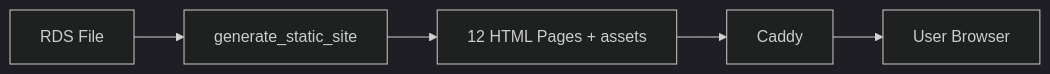
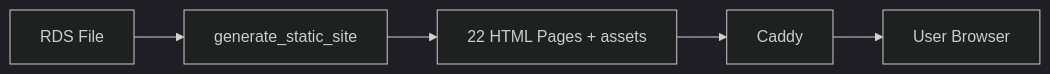
Before and after one commit to chrisschwer/League-Simulator-Update: the fourth of 6 diagrams in docs/architecture/overview.md, drawn with Mermaid (dark theme). The commit also changed other lines of this file and 3 other files, not shown here.

````diff
--- a/docs/architecture/overview.md
+++ b/docs/architecture/overview.md
@@ -175,7 +176,7 @@
 ```mermaid
 graph LR
     A[RDS File] --> B[generate_static_site]
-    B --> C[12 HTML Pages + assets]
+    B --> C[22 HTML Pages + assets]
     C --> D[Caddy]
     D --> E[User Browser]
 ```
````
